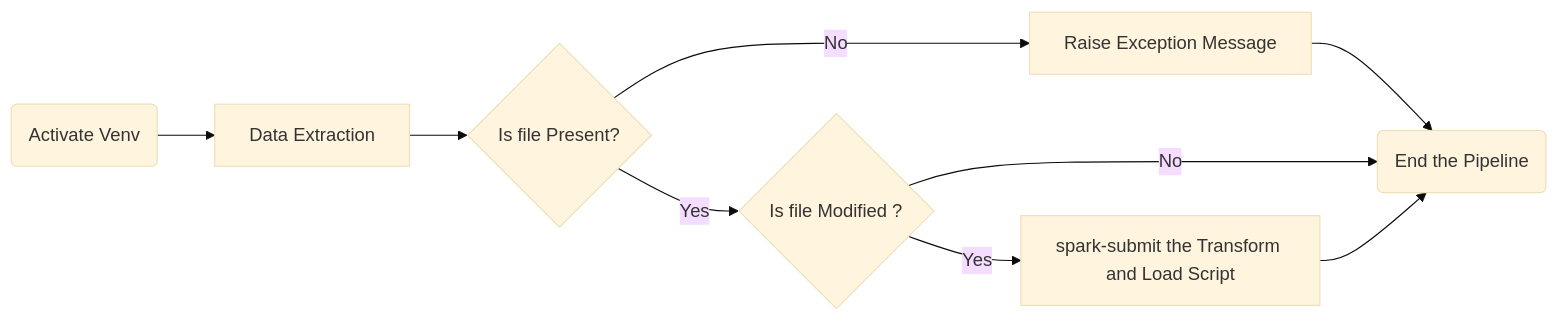
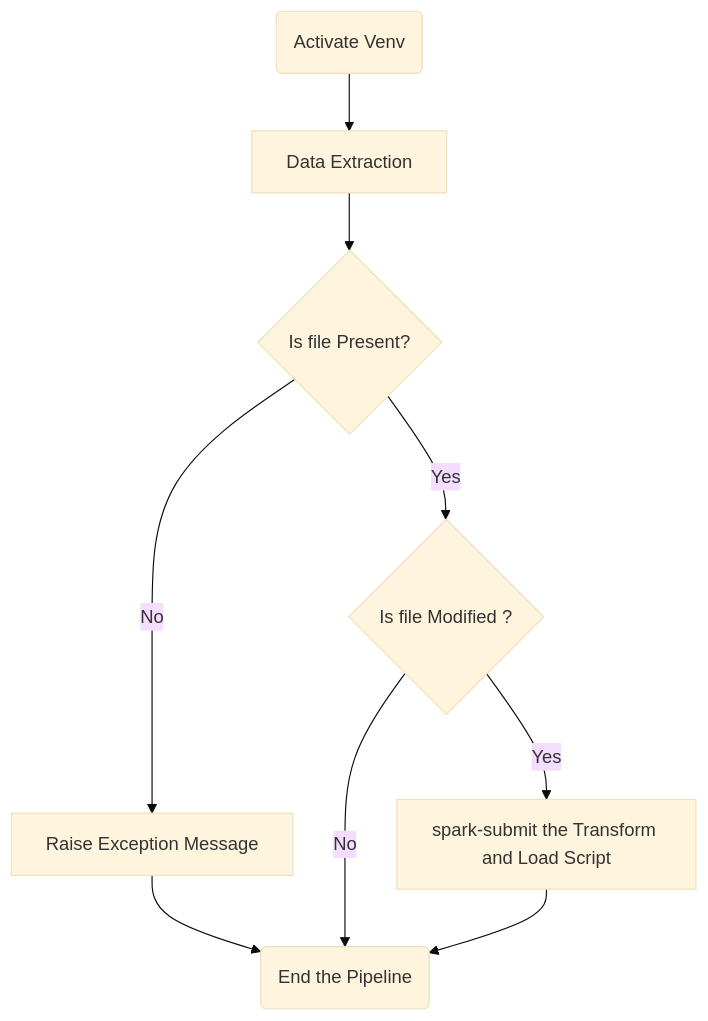
Before and after one commit to fusesushan/MarketData_ETL: the diagram in readme.md, drawn with Mermaid (base theme).

Commit message:
Update: Readme file

````diff
--- a/readme.md
+++ b/readme.md
@@ -50,9 +50,9 @@
 ```mermaid
-graph LR
+graph TD
 A(Activate Venv) --> B[Data Extraction] --> C{Is file Present?}
 C -- No --> D[Raise Exception Message] --> G
 C -- Yes --> E{Is file Modified ?}
 E -- No --> G
 E -- Yes --> F[spark-submit the Transform and Load Script]
 F --> G(End the Pipeline)
 ```
````
